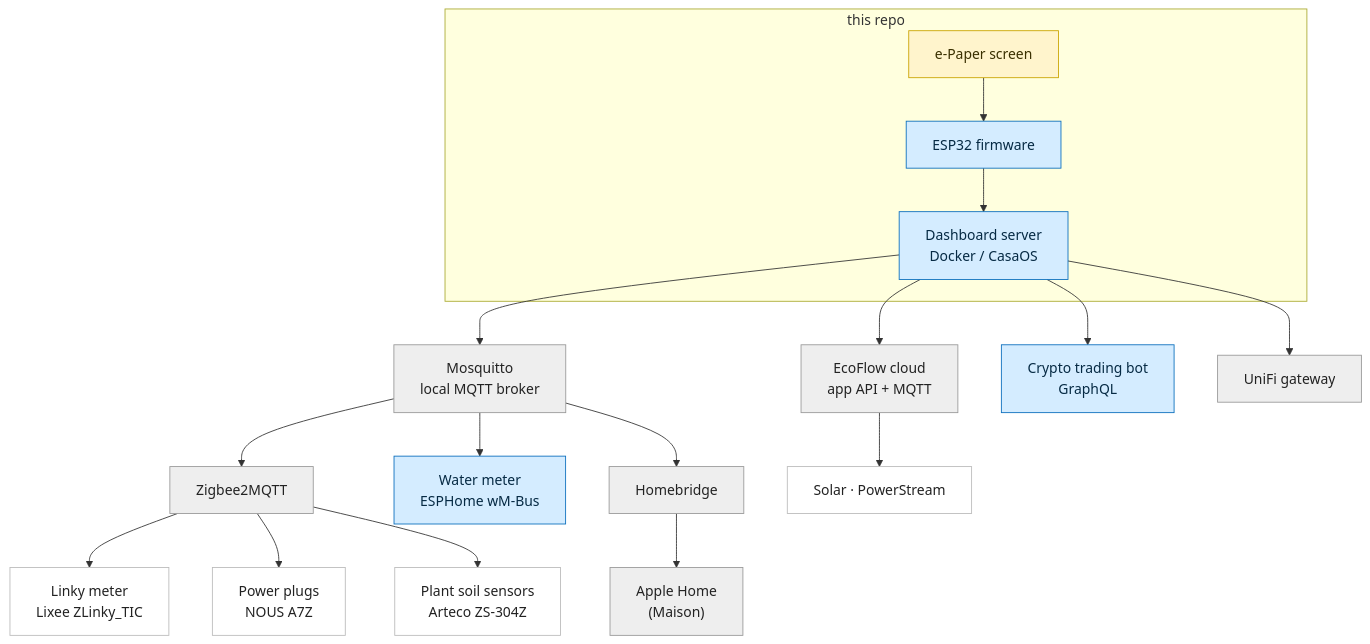
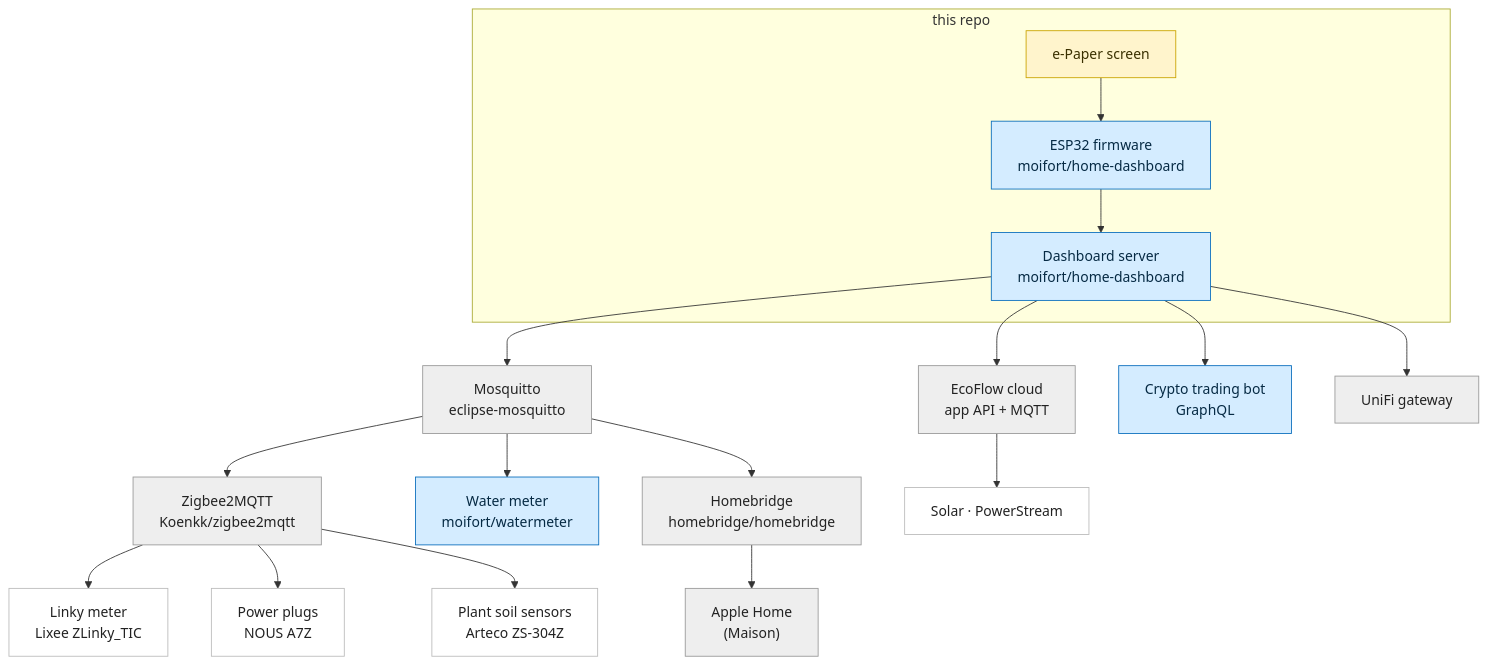
One commit to moifort/home-dashboard changed the diagram in README.md. Above: the diagram before and after it, drawn with Mermaid.

Commit message:
docs: show GitHub project names inside the diagram boxes and link them
Each box backed by a repo now carries its project name on a second line
(moifort/home-dashboard, moifort/watermeter, eclipse-mosquitto,
Koenkk/zigbee2mqtt, homebridge/homebridge) with a click link to the repo. The
legend keeps the same links as a fallback.

````diff
--- a/README.md
+++ b/README.md
@@ -17,45 +17,52 @@
 ```mermaid
 flowchart TD
     subgraph repo["this repo"]
         SCREEN["e-Paper screen"]:::hw
-        ESP["ESP32 firmware"]:::mine
-        SERVER["Dashboard server<br/>Docker / CasaOS"]:::mine
+        ESP["ESP32 firmware<br/>moifort/home-dashboard"]:::mine
+        SERVER["Dashboard server<br/>moifort/home-dashboard"]:::mine
     end
 
     SCREEN --> ESP
     ESP --> SERVER
 
-    MOSQ["Mosquitto<br/>local MQTT broker"]:::ext
-    Z2M["Zigbee2MQTT"]:::ext
+    MOSQ["Mosquitto<br/>eclipse-mosquitto"]:::ext
+    Z2M["Zigbee2MQTT<br/>Koenkk/zigbee2mqtt"]:::ext
     LINKY["Linky meter<br/>Lixee ZLinky_TIC"]:::dev
     PLUGS["Power plugs<br/>NOUS A7Z"]:::dev
     PLANTS["Plant soil sensors<br/>Arteco ZS-304Z"]:::dev
-    WATER["Water meter<br/>ESPHome wM-Bus"]:::mine
+    WATER["Water meter<br/>moifort/watermeter"]:::mine
 
     SERVER --> MOSQ
     MOSQ --> Z2M
     MOSQ --> WATER
     Z2M --> LINKY
     Z2M --> PLUGS
     Z2M --> PLANTS
 
-    HB["Homebridge"]:::ext
+    HB["Homebridge<br/>homebridge/homebridge"]:::ext
     HOME["Apple Home<br/>(Maison)"]:::ext
     MOSQ --> HB
     HB --> HOME
 
     ECO["EcoFlow cloud<br/>app API + MQTT"]:::ext
     PV["Solar · PowerStream"]:::dev
     SERVER --> ECO
     ECO --> PV
 
     CRYPTO["Crypto trading bot<br/>GraphQL"]:::mine
     UNIFI["UniFi gateway"]:::ext
     SERVER --> CRYPTO
     SERVER --> UNIFI
 
     classDef mine fill:#d4ecff,stroke:#0a6ebd,color:#062a44;
     classDef ext  fill:#eeeeee,stroke:#999999,color:#222222;
     classDef dev  fill:#ffffff,stroke:#bbbbbb,color:#222222;
     classDef hw   fill:#fff4cc,stroke:#caa300,color:#3a3000;
+
+    click ESP "https://github.com/moifort/home-dashboard" _blank
+    click SERVER "https://github.com/moifort/home-dashboard" _blank
+    click WATER "https://github.com/moifort/watermeter" _blank
+    click MOSQ "https://github.com/eclipse/mosquitto" _blank
+    click Z2M "https://github.com/Koenkk/zigbee2mqtt" _blank
+    click HB "https://github.com/homebridge/homebridge" _blank
 ```
````
